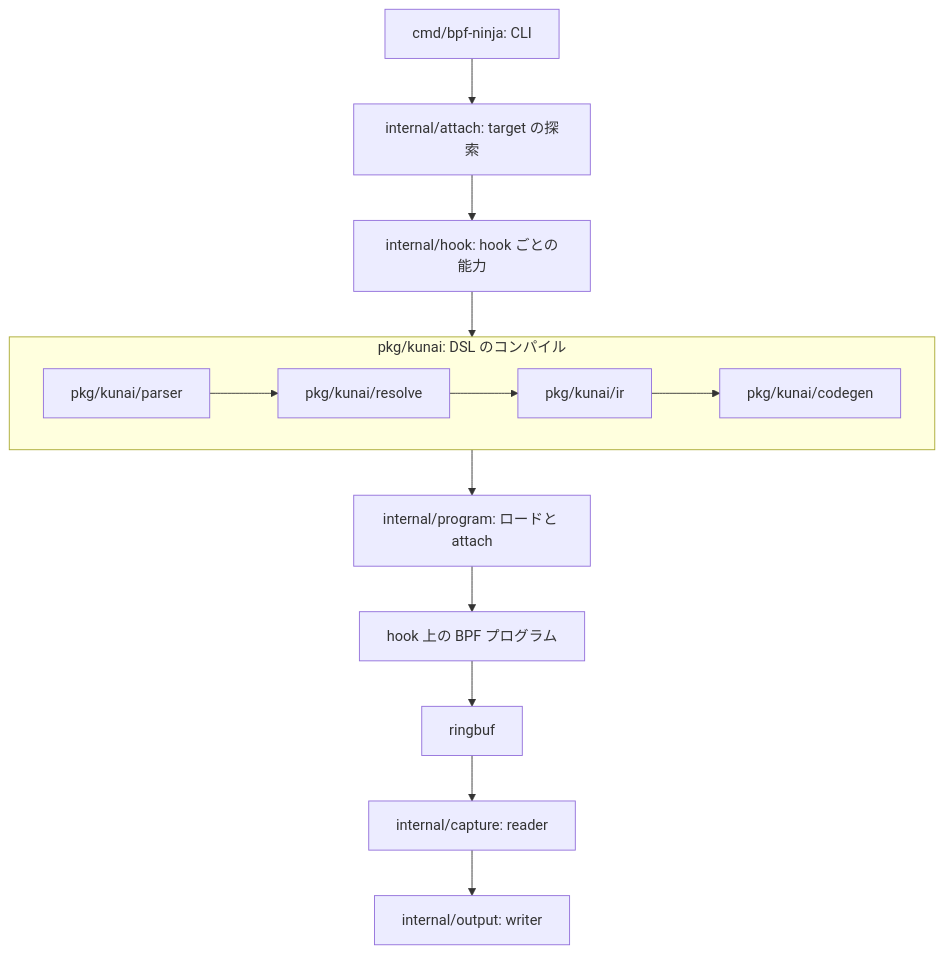
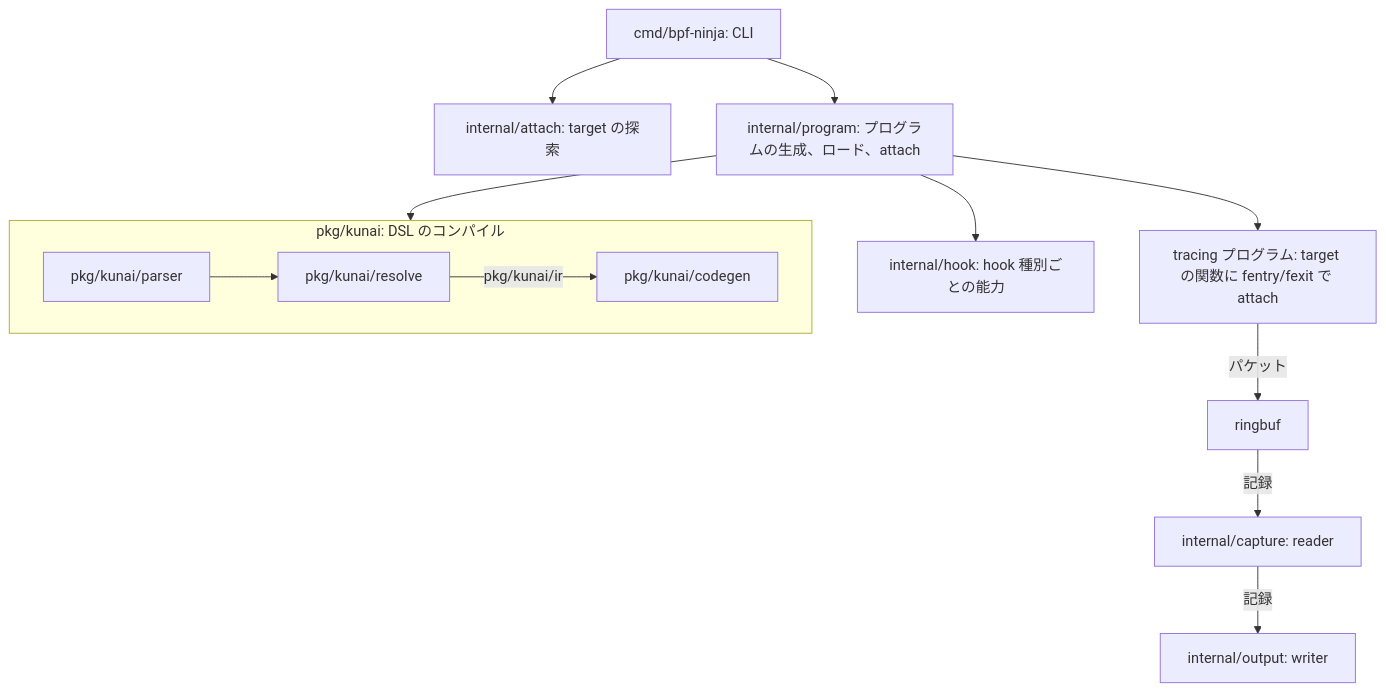
One commit to takehaya/bpf-ninja changed the first of 2 diagrams in docs/ja/architecture/README.md. Above: the diagram before and after it, drawn with Mermaid. The commit also changed other lines of this file, not shown here.

First line of the commit message:
docs(architecture): attach at the target function, not at the hook

````diff
--- a/docs/ja/architecture/README.md
+++ b/docs/ja/architecture/README.md
@@ -7,14 +10,15 @@
 ```mermaid
 flowchart TD
   subgraph kunai["pkg/kunai: DSL のコンパイル"]
-    parser["pkg/kunai/parser"] --> resolve["pkg/kunai/resolve"] --> ir["pkg/kunai/ir"] --> codegen["pkg/kunai/codegen"]
+    parser["pkg/kunai/parser"] --> resolve["pkg/kunai/resolve"]
+    resolve -- "pkg/kunai/ir" --> codegen["pkg/kunai/codegen"]
   end
   cli["cmd/bpf-ninja: CLI"] --> attach["internal/attach: target の探索"]
-  attach --> hook["internal/hook: hook ごとの能力"]
-  hook --> kunai
-  kunai --> program["internal/program: ロードと attach"]
-  program --> bpf["hook 上の BPF プログラム"]
-  bpf --> ringbuf["ringbuf"]
-  ringbuf --> capture["internal/capture: reader"]
-  capture --> output["internal/output: writer"]
+  cli --> program["internal/program: プログラムの生成、ロード、attach"]
+  program --> hook["internal/hook: hook 種別ごとの能力"]
+  program --> kunai
+  program --> bpf["tracing プログラム: target の関数に fentry/fexit で attach"]
+  bpf -- "パケット" --> ringbuf["ringbuf"]
+  ringbuf -- "記録" --> capture["internal/capture: reader"]
+  capture -- "記録" --> output["internal/output: writer"]
 ```
````
